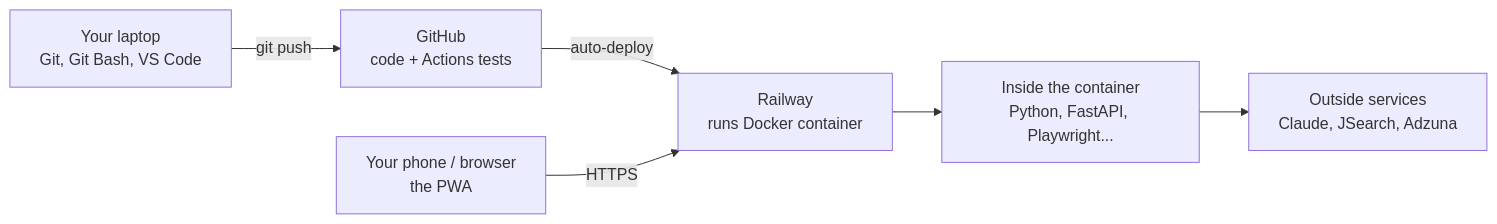
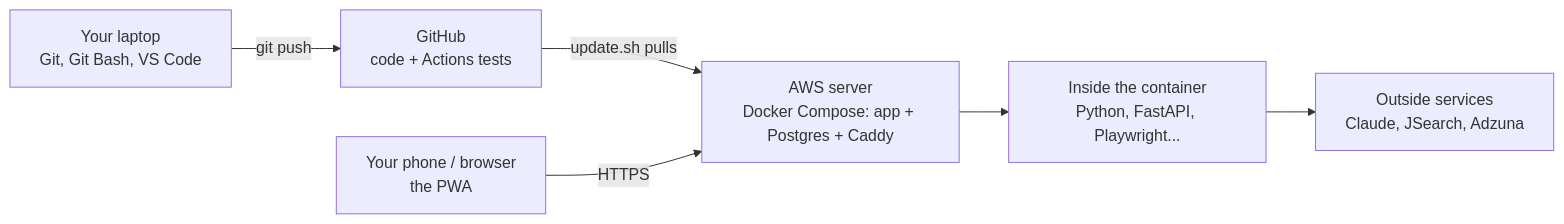
Before and after one commit to GnanithaG/Upajna: the diagram in docs/system-design/00-toolbox.md, drawn with Mermaid. The commit also changed other lines of this file and 13 other files, not shown here.

Commit message:
Deploy on AWS

````diff
--- a/docs/system-design/00-toolbox.md
+++ b/docs/system-design/00-toolbox.md
@@ -7,8 +7,8 @@
 ```mermaid
 flowchart LR
   A["Your laptop<br/>Git, Git Bash, VS Code"] -->|git push| B["GitHub<br/>code + Actions tests"]
-  B -->|auto-deploy| C["Railway<br/>runs Docker container"]
+  B -->|update.sh pulls| C["AWS server<br/>Docker Compose: app + Postgres + Caddy"]
   C --> D["Inside the container<br/>Python, FastAPI, Playwright..."]
   D --> E["Outside services<br/>Claude, JSearch, Adzuna"]
   F["Your phone / browser<br/>the PWA"] -->|HTTPS| C
 ```
````
